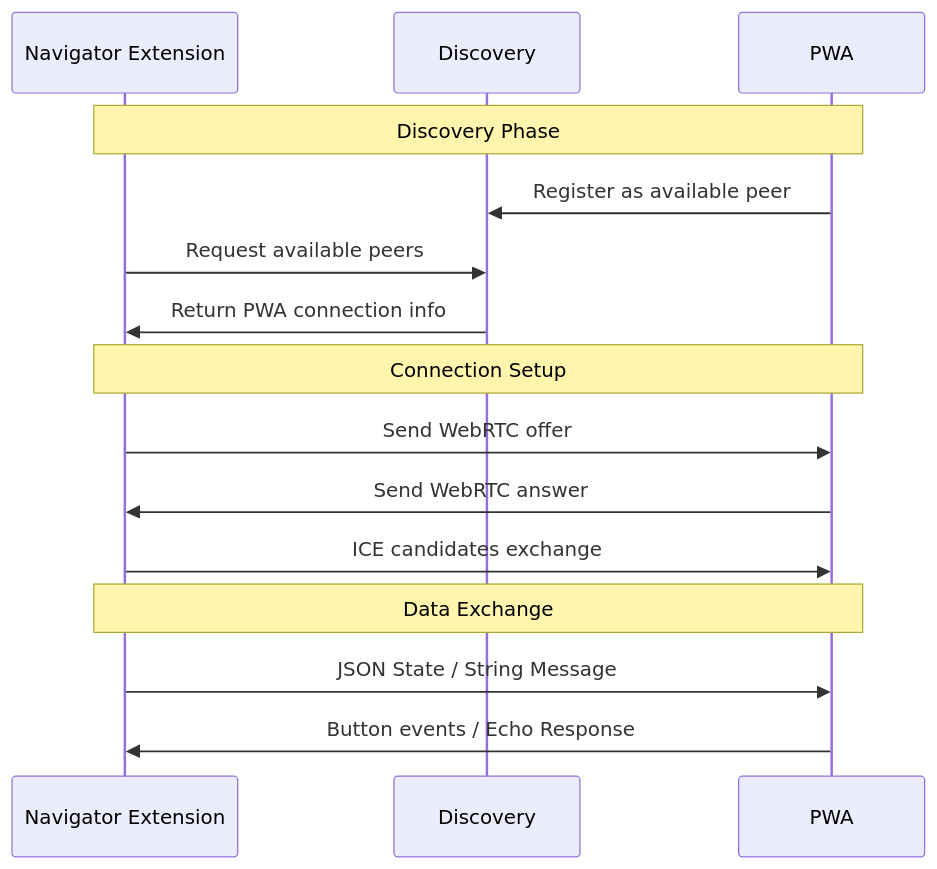
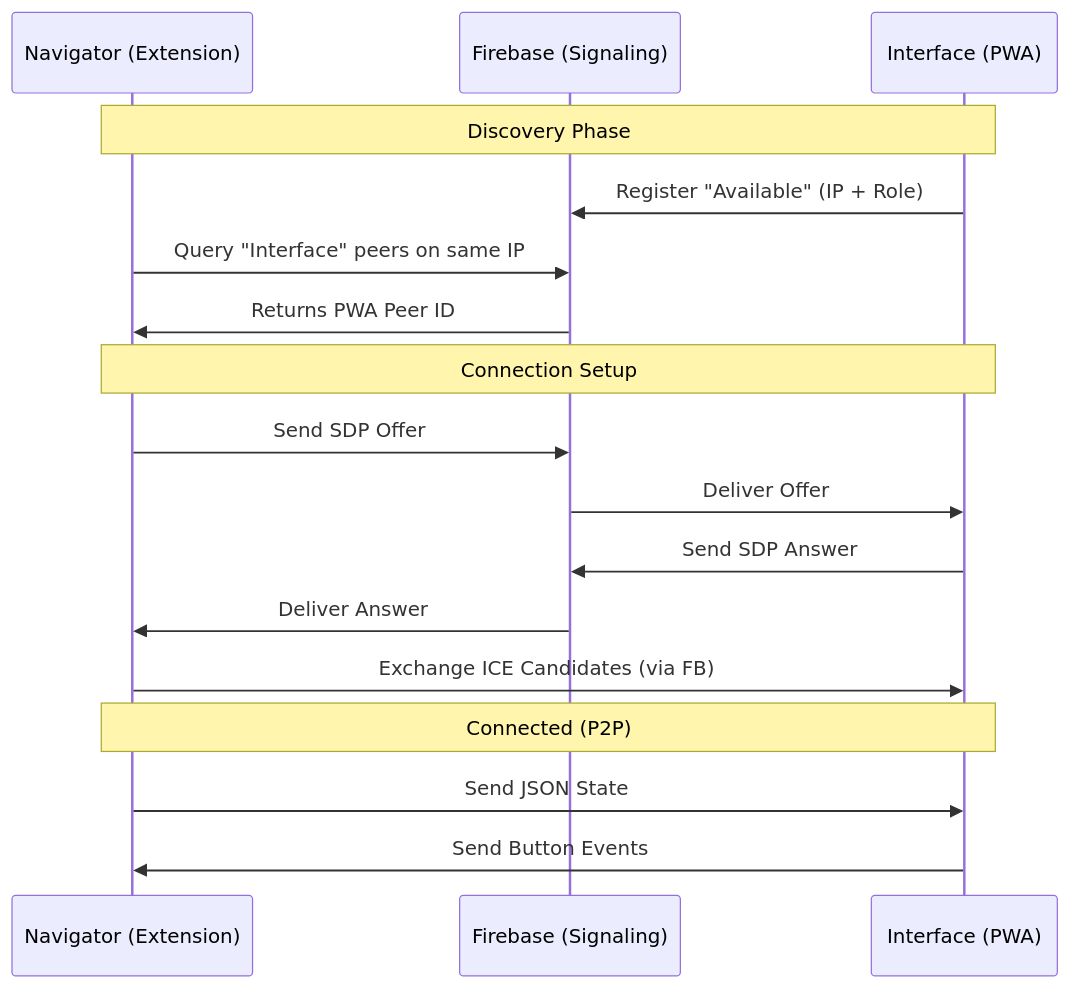
One commit to LibreTactile/tomat-light-pwa changed the second of 6 diagrams in mkdocs/docs/implementation.md. Above: the diagram before and after it, drawn with Mermaid. The commit also changed other lines of this file and 2 other files, not shown here.

Commit message:
[docs] updated design and moved the vibration button page to exp. folder

````diff
--- a/mkdocs/docs/implementation.md
+++ b/mkdocs/docs/implementation.md
@@ -48,20 +52,22 @@
 ```mermaid
 sequenceDiagram
-    participant Client as Navigator Extension
-    participant Discovery
-    participant PWA
+    participant Nav as Navigator (Extension)
+    participant FB as Firebase (Signaling)
+    participant PWA as Interface (PWA)
     
-    Note over Client,PWA: Discovery Phase
-    PWA->>Discovery: Register as available peer
-    Client->>Discovery: Request available peers
-    Discovery->>Client: Return PWA connection info
+    Note over Nav,PWA: Discovery Phase
+    PWA->>FB: Register "Available" (IP + Role)
+    Nav->>FB: Query "Interface" peers on same IP
+    FB->>Nav: Returns PWA Peer ID
     
-    Note over Client,PWA: Connection Setup
-    Client->>PWA: Send WebRTC offer
-    PWA->>Client: Send WebRTC answer
-    Client->>PWA: ICE candidates exchange
+    Note over Nav,PWA: Connection Setup
+    Nav->>FB: Send SDP Offer
+    FB->>PWA: Deliver Offer
+    PWA->>FB: Send SDP Answer
+    FB->>Nav: Deliver Answer
+    Nav->>PWA: Exchange ICE Candidates (via FB)
     
-    Note over Client,PWA: Data Exchange
-    Client->>PWA: JSON State / String Message
-    PWA->>Client: Button events / Echo Response
+    Note over Nav,PWA: Connected (P2P)
+    Nav->>PWA: Send JSON State
+    PWA->>Nav: Send Button Events
 ```
````
